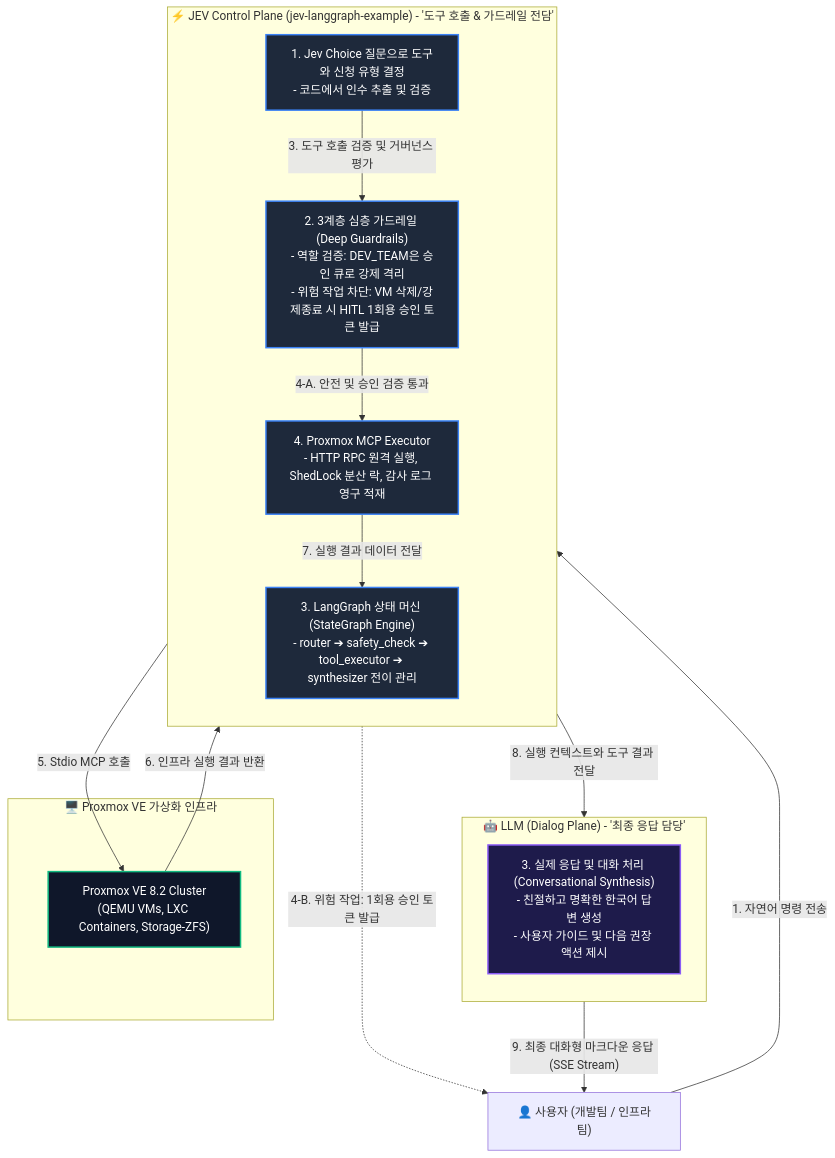
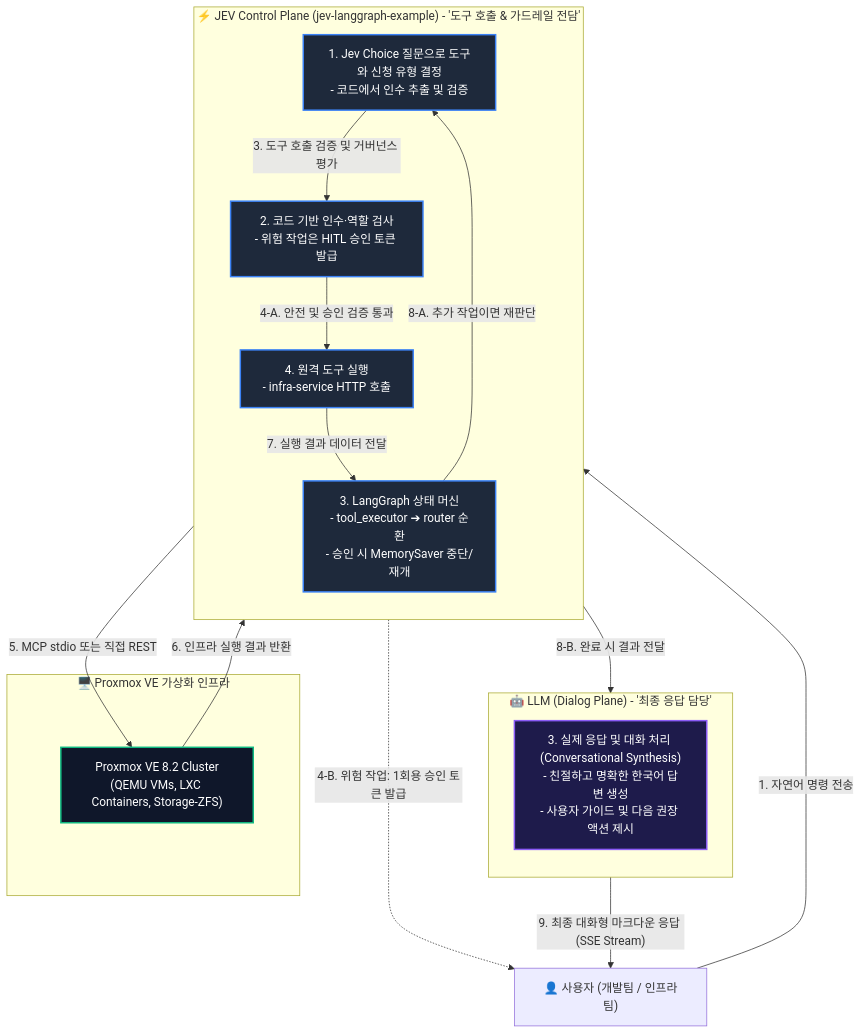
One commit to sjungwon03/jev-langgraph-example changed the second of 4 diagrams in docs/ARCHITECTURE.md. Above: the diagram before and after it, drawn with Mermaid. The commit also changed other lines of this file and 2 other files, not shown here.

Commit message:
Document current JEV LangGraph architecture for study and interviews

````diff
--- a/docs/ARCHITECTURE.md
+++ b/docs/ARCHITECTURE.md
@@ -64,42 +66,43 @@
 ```mermaid
 graph TD
     User["👤 사용자 (개발팀 / 인프라팀)"]
 
     subgraph LLM_Plane ["🤖 LLM (Dialog Plane) - '최종 응답 담당'"]
         direction TB
         LLM_Dialog["3. 실제 응답 및 대화 처리 (Conversational Synthesis)<br/>- 친절하고 명확한 한국어 답변 생성<br/>- 사용자 가이드 및 다음 권장 액션 제시"]
     end
 
     subgraph JEV_Plane ["⚡ JEV Control Plane (jev-langgraph-example) - '도구 호출 & 가드레일 전담'"]
         direction TB
         JEV_Router["1. Jev Choice 질문으로 도구와 신청 유형 결정<br/>- 코드에서 인수 추출 및 검증"]
-        JEV_Guardrail["2. 3계층 심층 가드레일 (Deep Guardrails)<br/>- 역할 검증: DEV_TEAM은 승인 큐로 강제 격리<br/>- 위험 작업 차단: VM 삭제/강제종료 시 HITL 1회용 승인 토큰 발급"]
-        JEV_State["3. LangGraph 상태 머신 (StateGraph Engine)<br/>- router ➔ safety_check ➔ tool_executor ➔ synthesizer 전이 관리"]
-        JEV_Executor["4. Proxmox MCP Executor<br/>- HTTP RPC 원격 실행, ShedLock 분산 락, 감사 로그 영구 적재"]
+        JEV_Guardrail["2. 코드 기반 인수·역할 검사<br/>- 위험 작업은 HITL 승인 토큰 발급"]
+        JEV_State["3. LangGraph 상태 머신<br/>- tool_executor ➔ router 순환<br/>- 승인 시 MemorySaver 중단/재개"]
+        JEV_Executor["4. 원격 도구 실행<br/>- infra-service HTTP 호출"]
     end
 
     subgraph Proxmox_Plane ["🖥️ Proxmox VE 가상화 인프라"]
         PVE["Proxmox VE 8.2 Cluster<br/>(QEMU VMs, LXC Containers, Storage-ZFS)"]
     end
 
     %% Flow
     User -->|"1. 자연어 명령 전송"| JEV_Router
     
     JEV_Router -->|"3. 도구 호출 검증 및 거버넌스 평가"| JEV_Guardrail
     JEV_Guardrail -->|"4-A. 안전 및 승인 검증 통과"| JEV_Executor
     JEV_Guardrail -.->|"4-B. 위험 작업: 1회용 승인 토큰 발급"| User
     
-    JEV_Executor -->|"5. Stdio MCP 호출"| PVE
+    JEV_Executor -->|"5. MCP stdio 또는 직접 REST"| PVE
     PVE -->|"6. 인프라 실행 결과 반환"| JEV_Executor
     
     JEV_Executor -->|"7. 실행 결과 데이터 전달"| JEV_State
-    JEV_State -->|"8. 실행 컨텍스트와 도구 결과 전달"| LLM_Dialog
+    JEV_State -->|"8-A. 추가 작업이면 재판단"| JEV_Router
+    JEV_State -->|"8-B. 완료 시 결과 전달"| LLM_Dialog
     LLM_Dialog -->|"9. 최종 대화형 마크다운 응답 (SSE Stream)"| User
 
     classDef jev fill:#1e293b,stroke:#3b82f6,stroke-width:2px,color:#fff;
     classDef llm fill:#1e1b4b,stroke:#8b5cf6,stroke-width:2px,color:#fff;
     classDef infra fill:#0f172a,stroke:#10b981,stroke-width:2px,color:#fff;
     class JEV_Router,JEV_Guardrail,JEV_State,JEV_Executor jev;
     class LLM_NLU,LLM_Reason,LLM_Dialog llm;
     class PVE infra;
 ```
````
